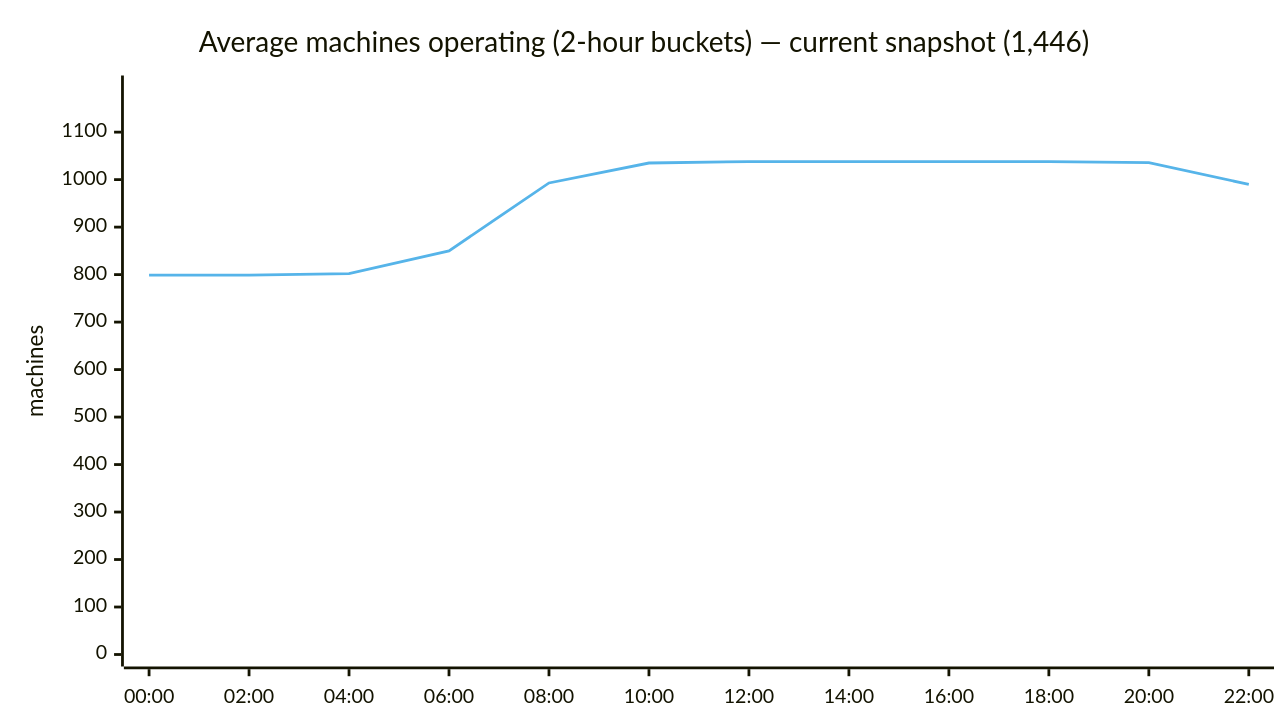
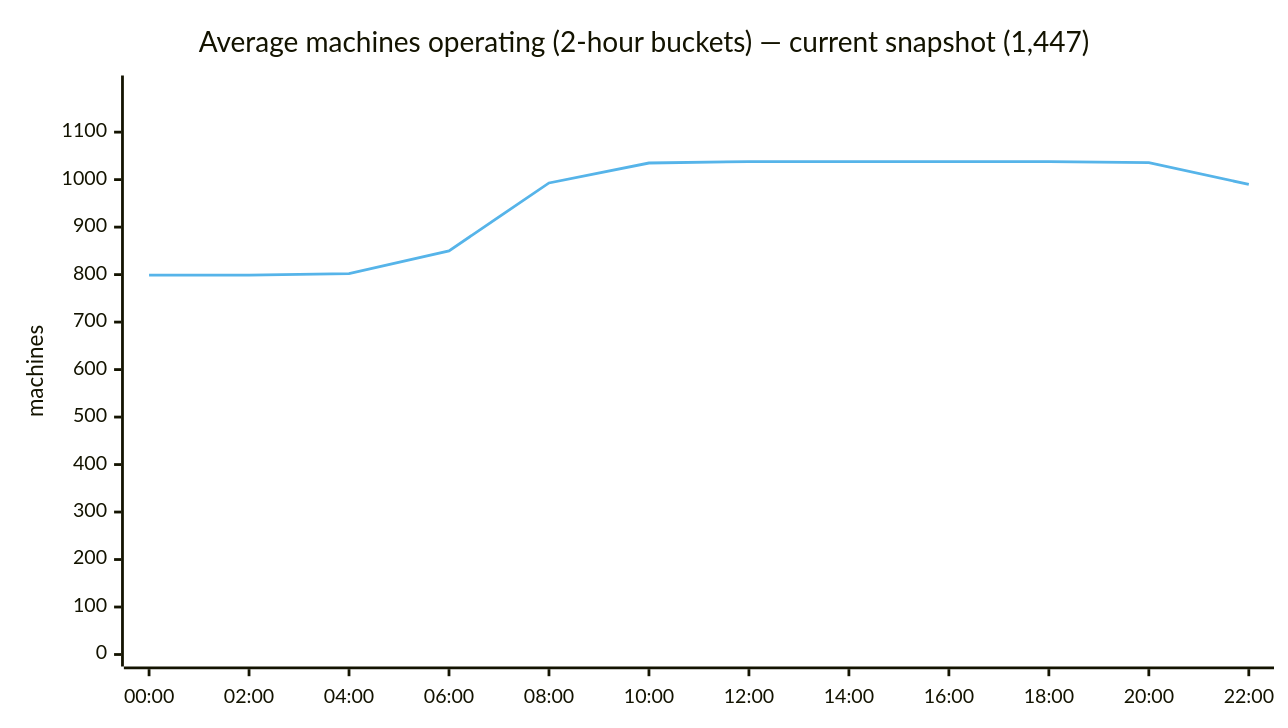
Before and after one commit to cheeaun/returnright-data: the second of 5 diagrams in ANALYSIS.md, drawn with Mermaid. The commit also changed other lines of this file and 4 other files, not shown here.

````diff
--- a/ANALYSIS.md
+++ b/ANALYSIS.md
@@ -68,15 +64,15 @@
 ```mermaid
 ---
 config:
   themeVariables:
     xyChart:
       plotColorPalette: "#56B4E9"
   xyChart:
     width: 900
 ---
 xychart-beta
-    title "Average machines operating (2-hour buckets) — current snapshot (1,446)"
+    title "Average machines operating (2-hour buckets) — current snapshot (1,447)"
     x-axis ["00:00", "02:00", "04:00", "06:00", "08:00", "10:00", "12:00", "14:00", "16:00", "18:00", "20:00", "22:00"]
     y-axis "machines" 0 --> 1194
     line [799, 799, 802, 850, 993, 1035, 1038, 1038, 1038, 1038, 1036, 990]
 ```
````
